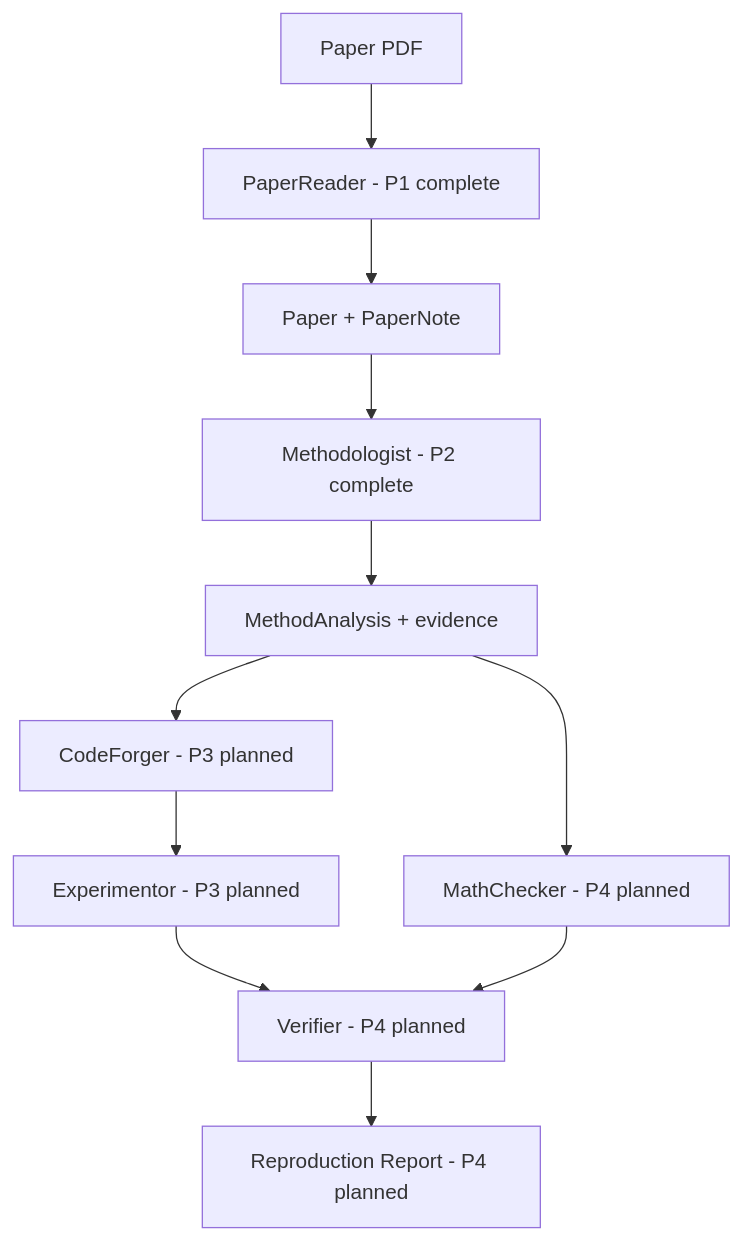
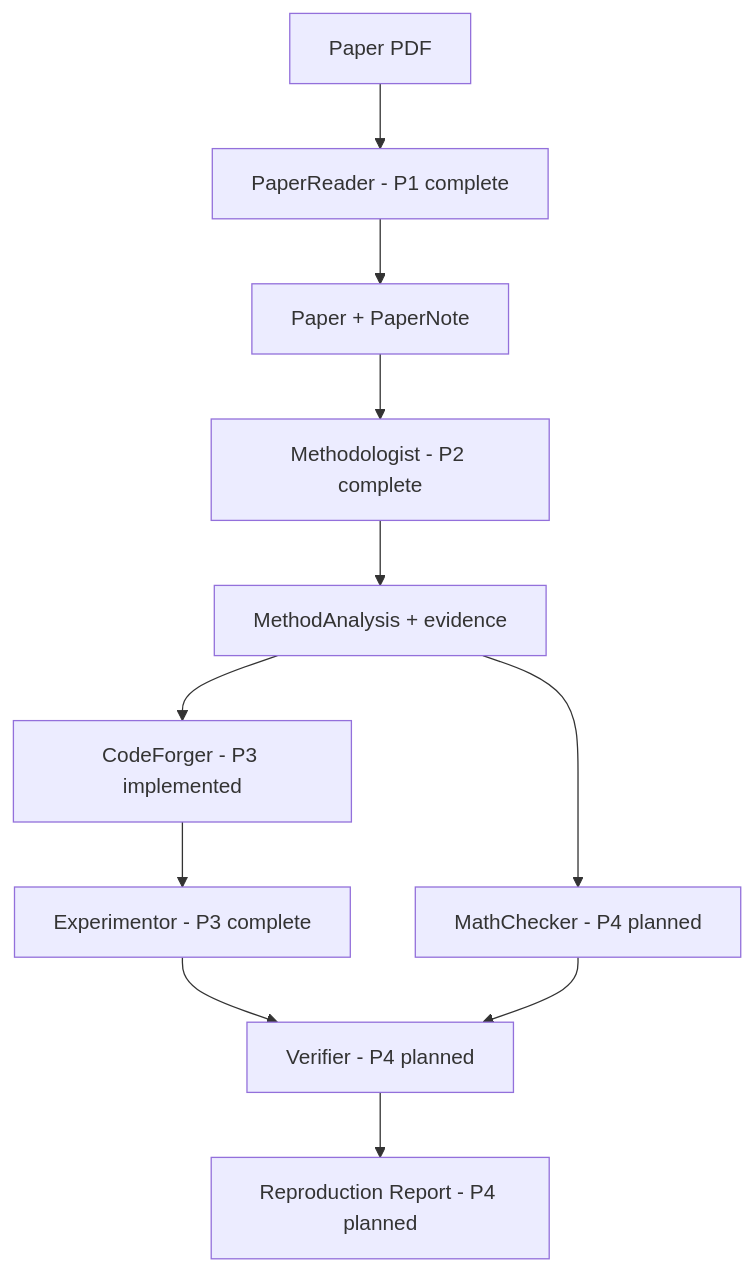
The second of 2 diagrams in repro-forge/docs/ARCHITECTURE.md (selfrestart/26Summer), drawn with Mermaid before and after one commit. The commit also changed other lines of this file and 51 other files, not shown here.

````diff
--- a/repro-forge/docs/ARCHITECTURE.md
+++ b/repro-forge/docs/ARCHITECTURE.md
@@ -168,13 +172,13 @@
 ```mermaid
 flowchart TD
     PDF["Paper PDF"] --> READER["PaperReader - P1 complete"]
     READER --> PAPER["Paper + PaperNote"]
     PAPER --> METHOD["Methodologist - P2 complete"]
     METHOD --> ANALYSIS["MethodAnalysis + evidence"]
-    ANALYSIS --> CODE["CodeForger - P3 planned"]
+    ANALYSIS --> CODE["CodeForger - P3 implemented"]
     ANALYSIS --> MATH["MathChecker - P4 planned"]
-    CODE --> RUN["Experimentor - P3 planned"]
+    CODE --> RUN["Experimentor - P3 complete"]
     RUN --> VERIFY["Verifier - P4 planned"]
     MATH --> VERIFY
     VERIFY --> REPORT["Reproduction Report - P4 planned"]
 ```
````
